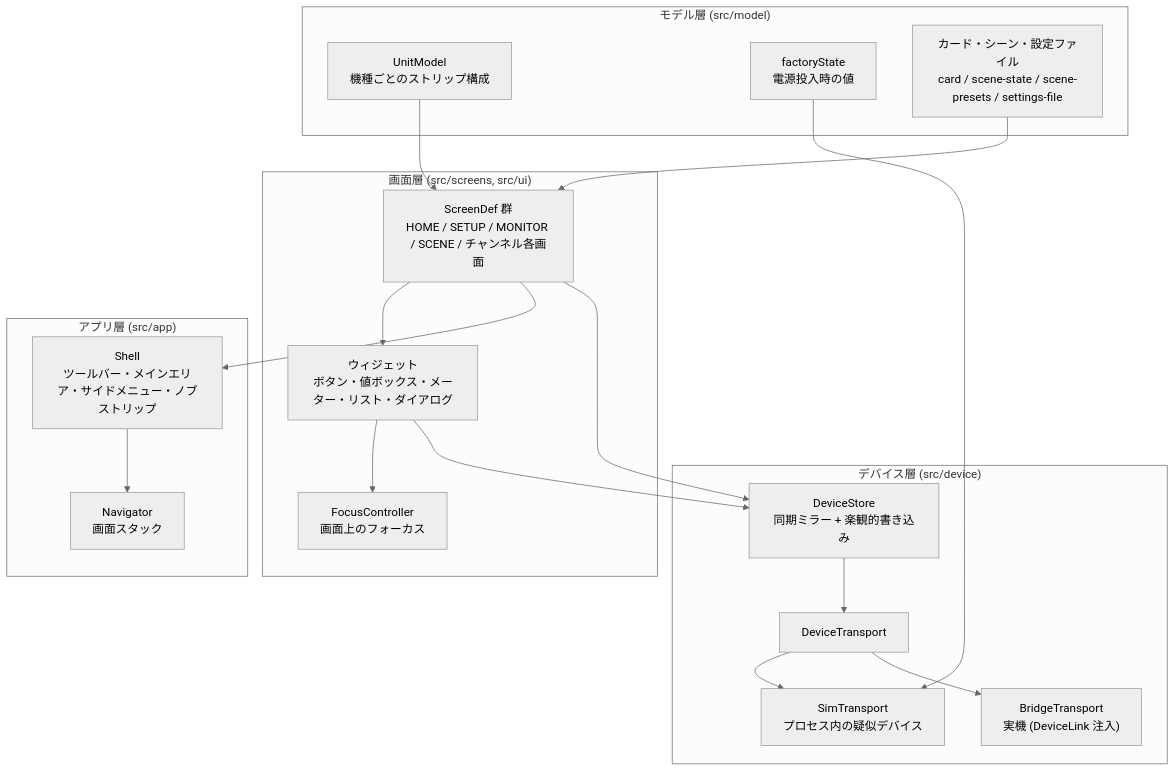
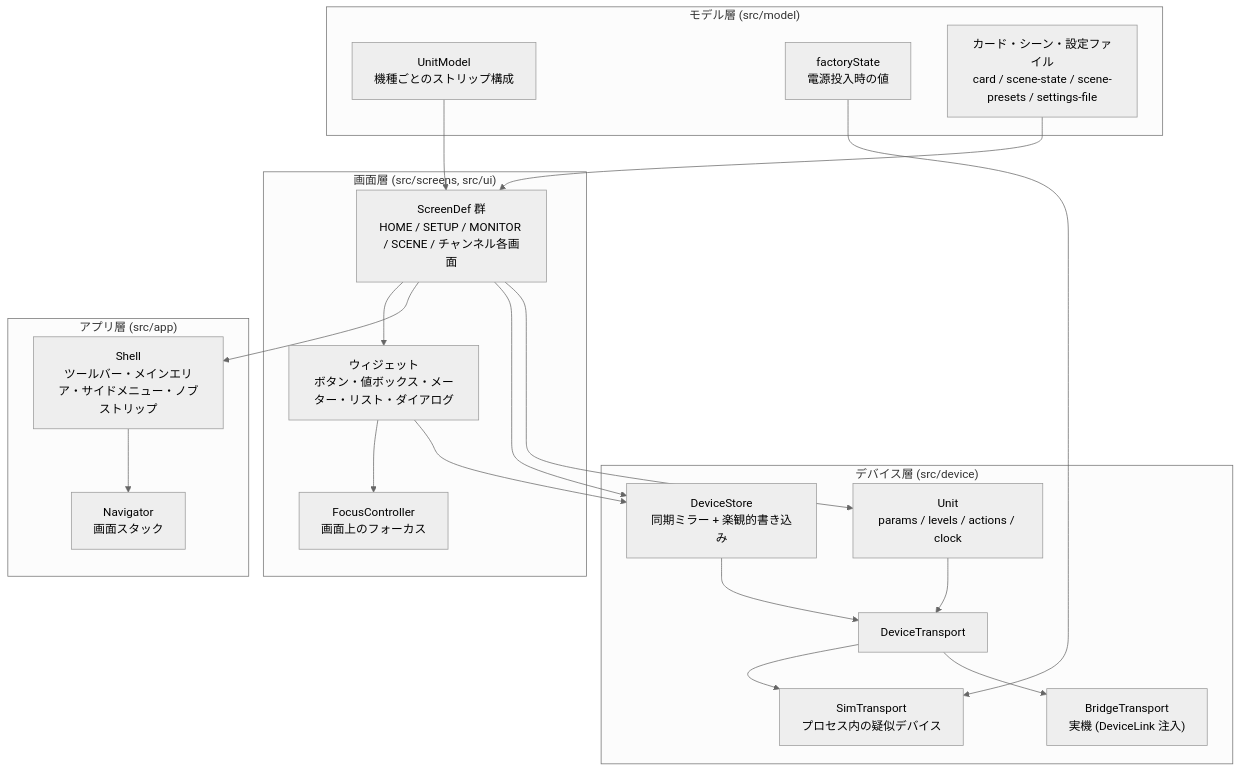
Before and after one commit to semnil/urx-lcd-sim: the first of 2 diagrams in docs/ja/architecture.md, drawn with Mermaid (neutral theme). The commit also changed other lines of this file and 22 other files, not shown here.

````diff
--- a/docs/ja/architecture.md
+++ b/docs/ja/architecture.md
@@ -10,36 +10,39 @@
 ```mermaid
 flowchart TB
   subgraph ui["画面層 (src/screens, src/ui)"]
     S["ScreenDef 群<br/>HOME / SETUP / MONITOR / SCENE / チャンネル各画面"]
     W["ウィジェット<br/>ボタン・値ボックス・メーター・リスト・ダイアログ"]
     FC["FocusController<br/>画面上のフォーカス"]
   end
   subgraph app["アプリ層 (src/app)"]
     SH["Shell<br/>ツールバー・メインエリア・サイドメニュー・ノブストリップ"]
     NV["Navigator<br/>画面スタック"]
   end
   subgraph model["モデル層 (src/model)"]
     UM["UnitModel<br/>機種ごとのストリップ構成"]
     DF["factoryState<br/>電源投入時の値"]
     CD["カード・シーン・設定ファイル<br/>card / scene-state / scene-presets / settings-file"]
   end
   subgraph dev["デバイス層 (src/device)"]
     ST["DeviceStore<br/>同期ミラー + 楽観的書き込み"]
     TR["DeviceTransport"]
     SIM["SimTransport<br/>プロセス内の疑似デバイス"]
     BR["BridgeTransport<br/>実機 (DeviceLink 注入)"]
+    UN["Unit<br/>params / levels / actions / clock"]
   end
 
   S --> W
   S --> SH
   SH --> NV
   W --> FC
   S --> ST
   W --> ST
   ST --> TR
   TR --> SIM
   TR --> BR
+  S --> UN
+  UN --> TR
   UM --> S
   DF --> SIM
   CD --> S
 ```
````
